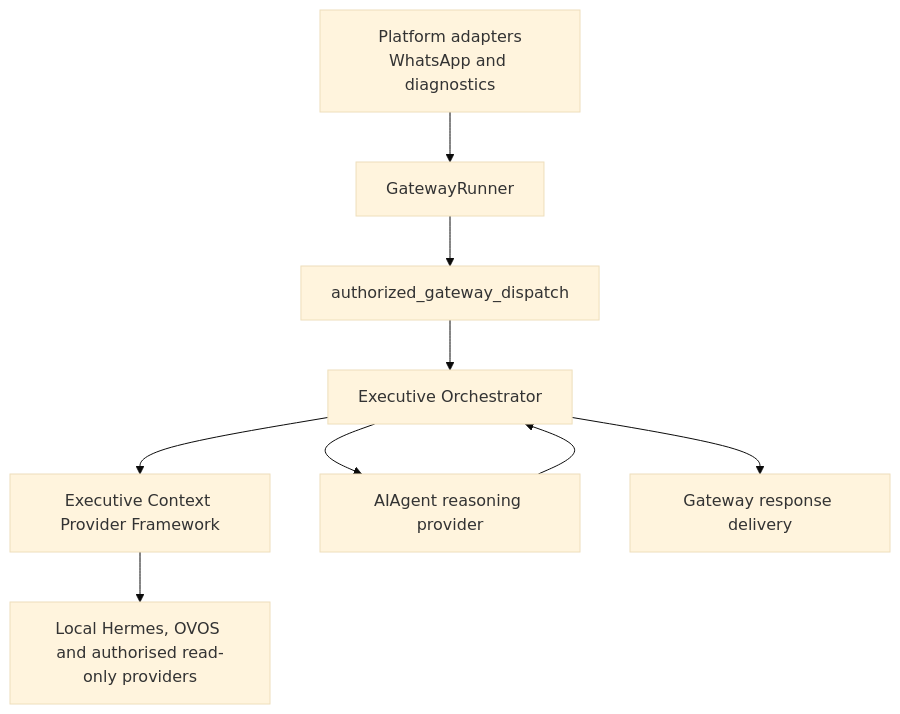
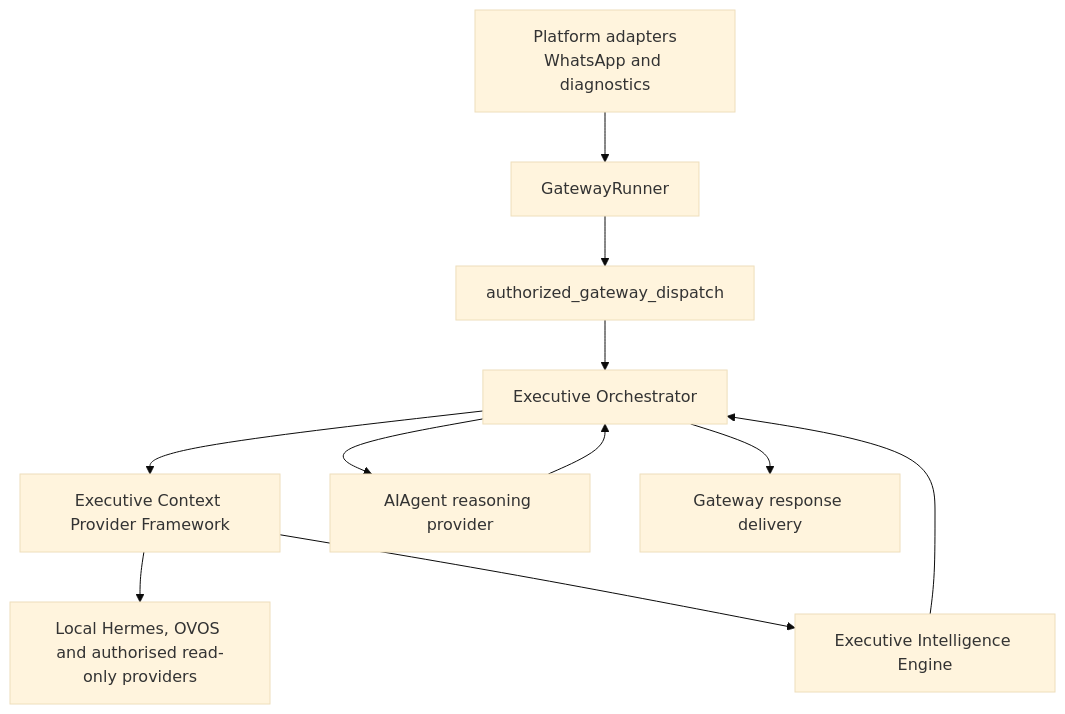
One commit to nitinteck/hermes-agent changed the diagram in docs/architecture/HERMES-LAYERED-ARCHITECTURE-v1.md. Above: the diagram before and after it, drawn with Mermaid (base theme). The commit also changed other lines of this file and 25 other files, not shown here.

Commit message:
feat: add Hermes executive intelligence engine

````diff
--- a/docs/architecture/HERMES-LAYERED-ARCHITECTURE-v1.md
+++ b/docs/architecture/HERMES-LAYERED-ARCHITECTURE-v1.md
@@ -11,11 +11,13 @@
 ```mermaid
 flowchart TD
   A["Platform adapters<br/>WhatsApp and diagnostics"] --> B["GatewayRunner"]
   B --> C["authorized_gateway_dispatch"]
   C --> D["Executive Orchestrator"]
   D --> E["Executive Context Provider Framework"]
   E --> F["Local Hermes, OVOS and authorised read-only providers"]
+  E --> I["Executive Intelligence Engine"]
+  I --> D
   D --> G["AIAgent reasoning provider"]
   G --> D
   D --> H["Gateway response delivery"]
 ```
````
